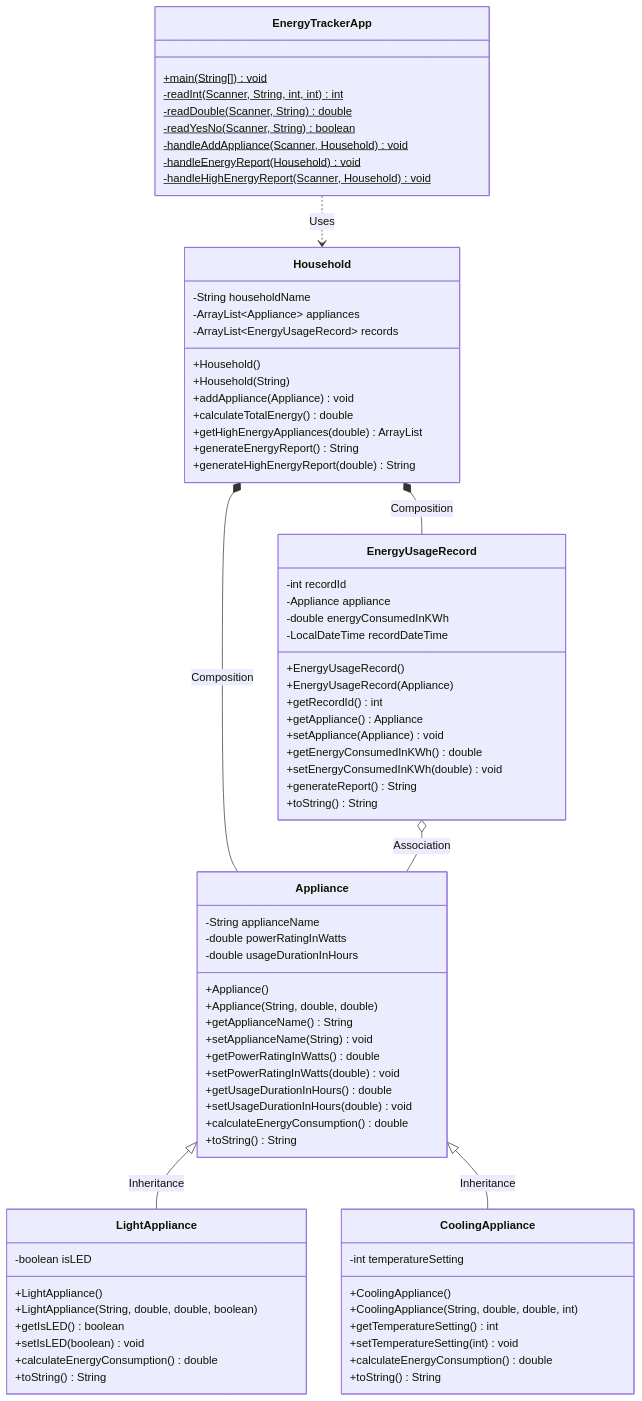
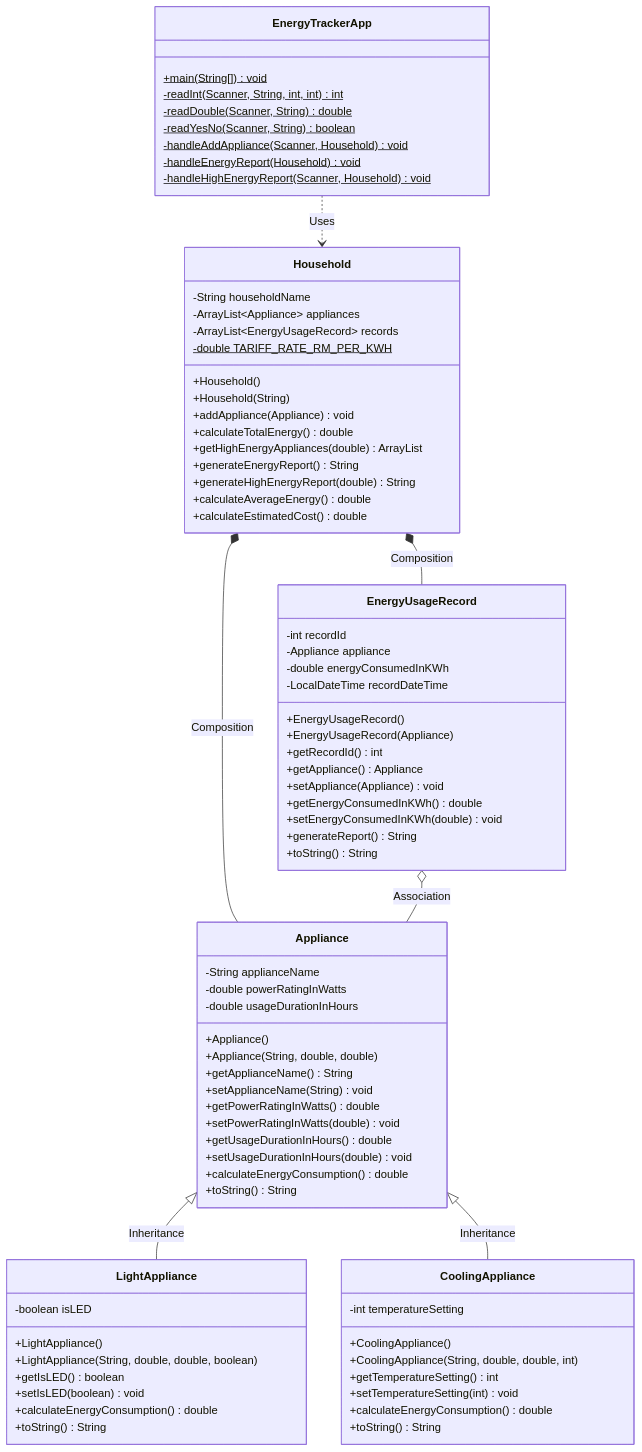
The diagram in Group1_EnergyTracker_Project/application_design_report.md (hypoxic127/oop-assignment), drawn with Mermaid before and after one commit. The commit also changed other lines of this file and 3 other files, not shown here.

```diff
--- a/Group1_EnergyTracker_Project/application_design_report.md
+++ b/Group1_EnergyTracker_Project/application_design_report.md
@@ -254,6 +255,7 @@
         -String householdName
         -ArrayList~Appliance~ appliances
         -ArrayList~EnergyUsageRecord~ records
+        -double TARIFF_RATE_RM_PER_KWH$
         +Household()
         +Household(String)
         +addAppliance(Appliance) void
@@ -261,6 +263,8 @@
         +getHighEnergyAppliances(double) ArrayList
         +generateEnergyReport() String
         +generateHighEnergyReport(double) String
+        +calculateAverageEnergy() double
+        +calculateEstimatedCost() double
     }
 
     class EnergyTrackerApp {
```
